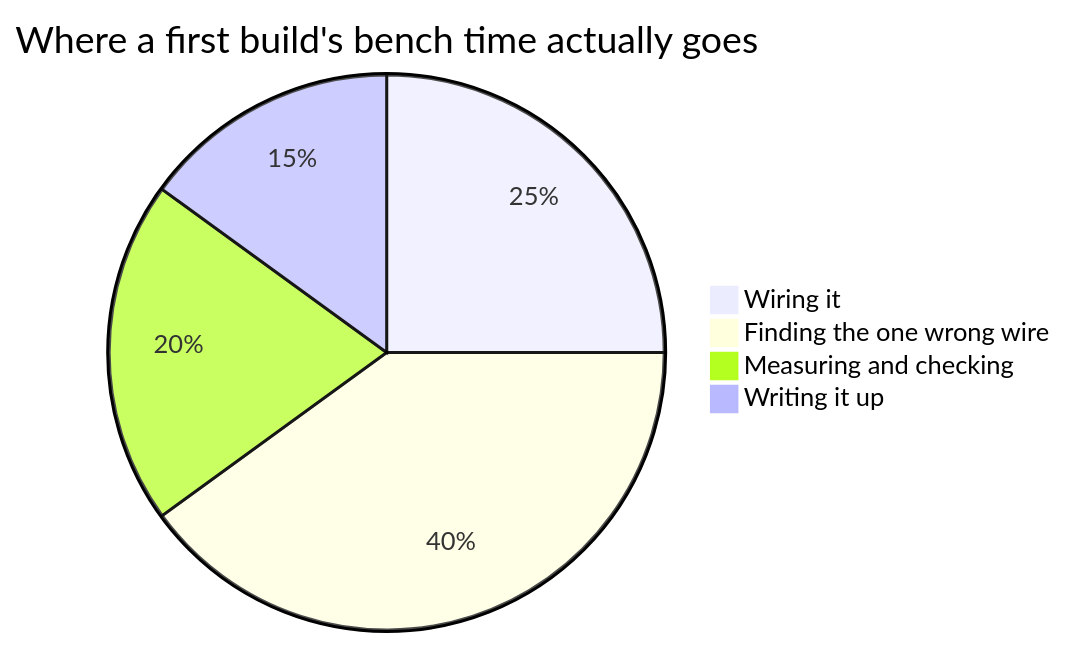
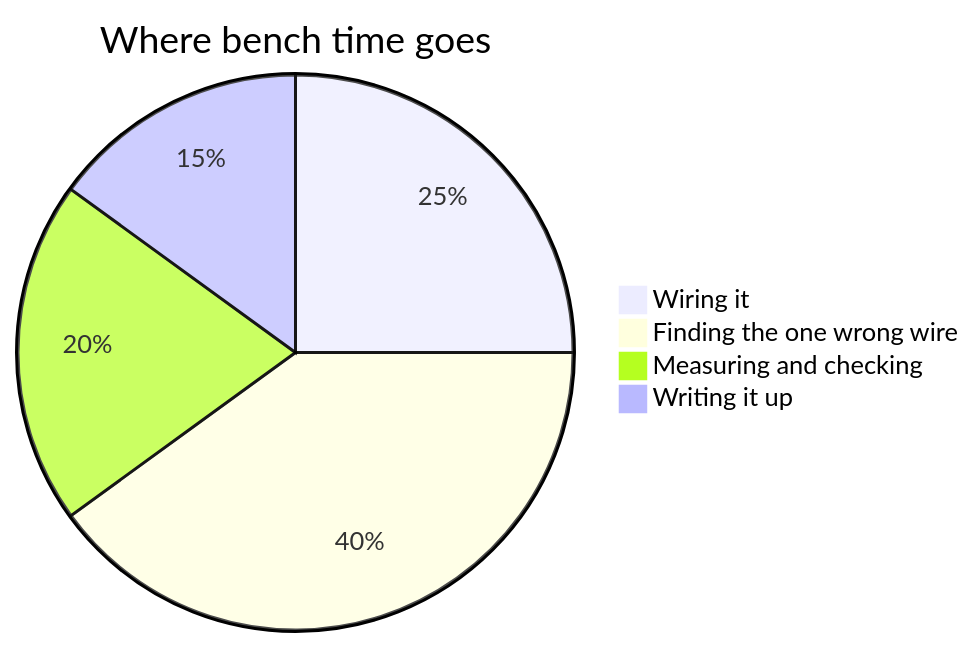
One commit to russellgordon/containerized-quartz-for-teachers changed the second of 3 diagrams in support/example_content/TEJ3M/shared/Style/What This Site Can Do.md. Above: the diagram before and after it, drawn with Mermaid. The commit also changed 31 other files, not shown here.

First line of the commit message:
Pie titles fit the chart mermaid actually draws

````diff
--- a/support/example_content/TEJ3M/shared/Style/What This Site Can Do.md
+++ b/support/example_content/TEJ3M/shared/Style/What This Site Can Do.md
@@ -186,7 +186,7 @@
 ```mermaid
-pie title Where a first build's bench time actually goes
+pie title Where bench time goes
     "Wiring it" : 25
     "Finding the one wrong wire" : 40
     "Measuring and checking" : 20
     "Writing it up" : 15
 ```
````
